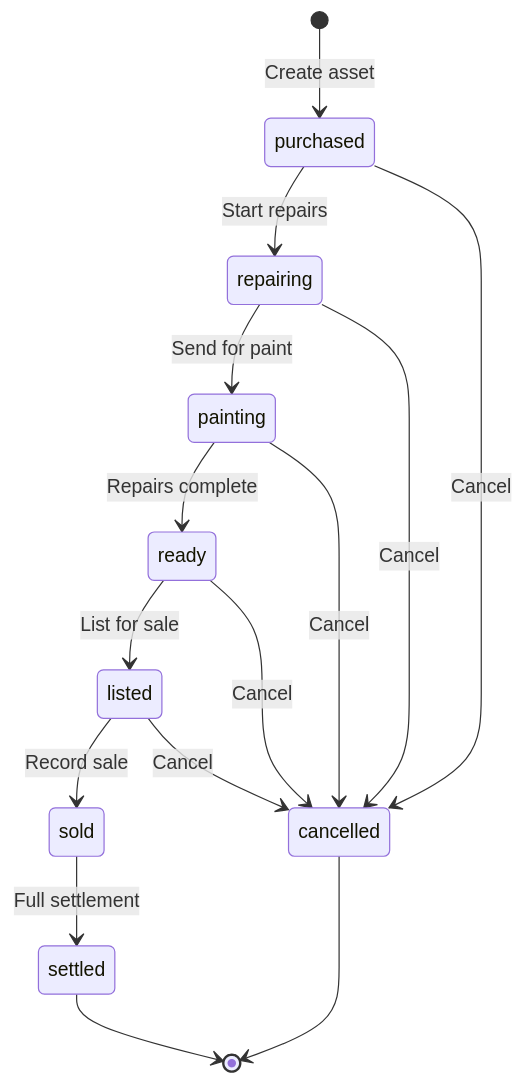
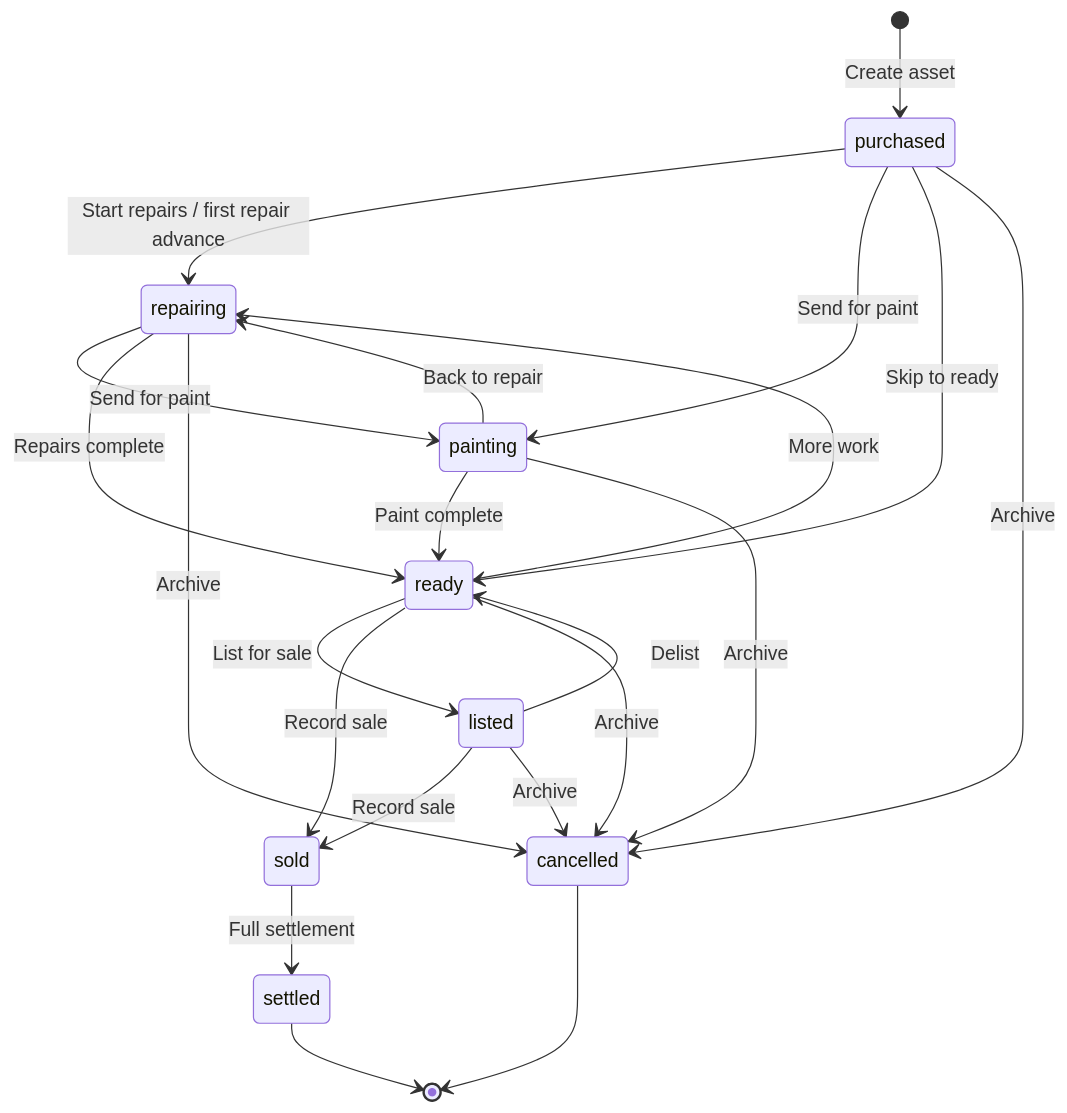
Before and after one commit to arshadmotlani-cpu/awesomepgnew: the third of 6 diagrams in docs/automotive-capital/WORKFLOWS.md, drawn with Mermaid. The commit also changed other lines of this file and 22 other files, not shown here.

````diff
--- a/docs/automotive-capital/WORKFLOWS.md
+++ b/docs/automotive-capital/WORKFLOWS.md
@@ -89,19 +93,26 @@
 ```mermaid
 stateDiagram-v2
   [*] --> purchased: Create asset
-  purchased --> repairing: Start repairs
+  purchased --> repairing: Start repairs / first repair advance
+  purchased --> painting: Send for paint
+  purchased --> ready: Skip to ready
   repairing --> painting: Send for paint
-  painting --> ready: Repairs complete
+  repairing --> ready: Repairs complete
+  painting --> repairing: Back to repair
+  painting --> ready: Paint complete
   ready --> listed: List for sale
+  ready --> repairing: More work
+  listed --> ready: Delist
   listed --> sold: Record sale
+  ready --> sold: Record sale
   sold --> settled: Full settlement
 
-  purchased --> cancelled: Cancel
-  repairing --> cancelled: Cancel
-  painting --> cancelled: Cancel
-  ready --> cancelled: Cancel
-  listed --> cancelled: Cancel
+  purchased --> cancelled: Archive
+  repairing --> cancelled: Archive
+  painting --> cancelled: Archive
+  ready --> cancelled: Archive
+  listed --> cancelled: Archive
 
   settled --> [*]
   cancelled --> [*]
 ```
````
